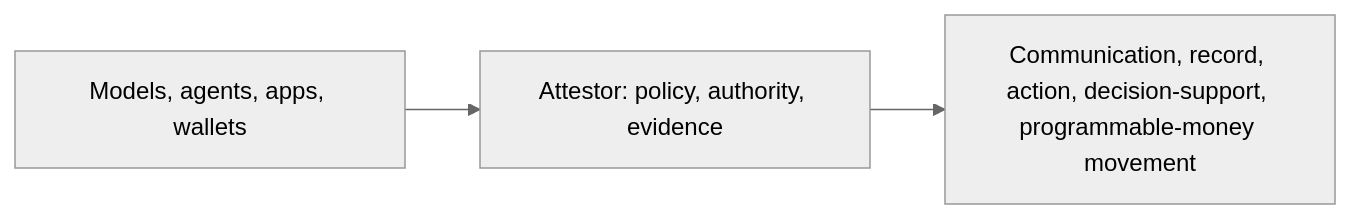
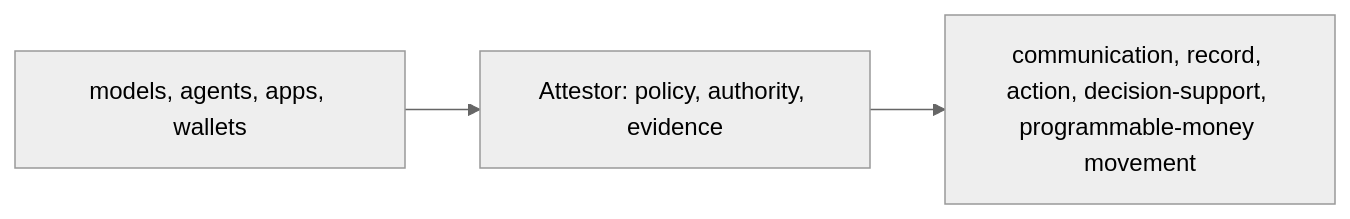
Before and after one commit to 0xlamarr-labs/attestor: the diagram in README.md, drawn with Mermaid (neutral theme). The commit also changed other lines of this file and 3 other files, not shown here.

````diff
--- a/README.md
+++ b/README.md
@@ -80,5 +30,5 @@
 ```mermaid
 flowchart LR
-  P["Models, agents, apps, wallets"] --> A["Attestor: policy, authority, evidence"]
-  A --> C["Communication, record, action, decision-support, programmable-money movement"]
+  P["models, agents, apps, wallets"] --> A["Attestor: policy, authority, evidence"]
+  A --> C["communication, record, action, decision-support, programmable-money movement"]
 ```
````
